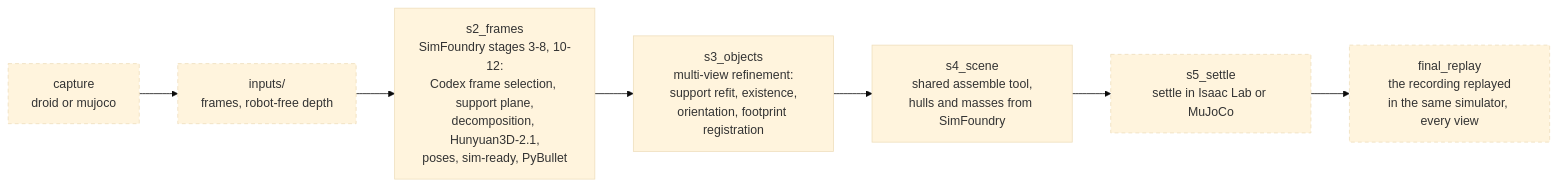
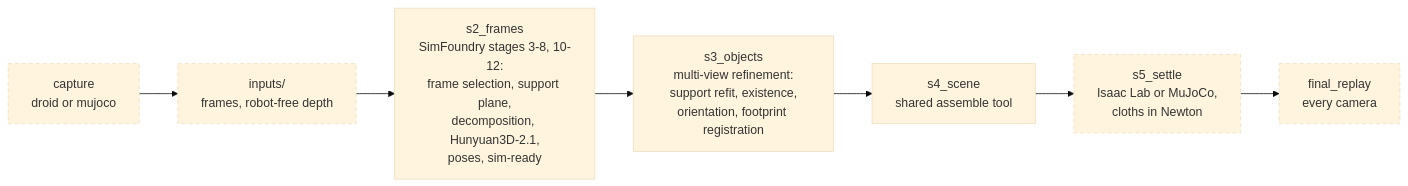
The first of 2 diagrams in README.md (weiqianwang123/R2S2R), drawn with Mermaid (base theme) before and after one commit. The commit also changed other lines of this file, not shown here.

````diff
--- a/README.md
+++ b/README.md
@@ -50,11 +46,11 @@
 ```mermaid
 flowchart LR
   cap["capture<br/>droid or mujoco"] --> inp["inputs/<br/>frames, robot-free depth"]
-  inp --> s2["s2_frames<br/>SimFoundry stages 3-8, 10-12:<br/>Codex frame selection, support plane,<br/>decomposition, Hunyuan3D-2.1,<br/>poses, sim-ready, PyBullet"]
+  inp --> s2["s2_frames<br/>SimFoundry stages 3-8, 10-12:<br/>frame selection, support plane,<br/>decomposition, Hunyuan3D-2.1,<br/>poses, sim-ready"]
   s2 --> s3["s3_objects<br/>multi-view refinement:<br/>support refit, existence,<br/>orientation, footprint registration"]
-  s3 --> s4["s4_scene<br/>shared assemble tool,<br/>hulls and masses from SimFoundry"]
-  s4 --> s5["s5_settle<br/>settle in Isaac Lab or MuJoCo"]
-  s5 --> fr["final_replay<br/>the recording replayed<br/>in the same simulator, every view"]
+  s3 --> s4["s4_scene<br/>shared assemble tool"]
+  s4 --> s5["s5_settle<br/>Isaac Lab or MuJoCo,<br/>cloths in Newton"]
+  s5 --> fr["final_replay<br/>every camera"]
   class cap,inp,s5,fr shared
   classDef shared stroke-dasharray: 5 4
 ```
````
